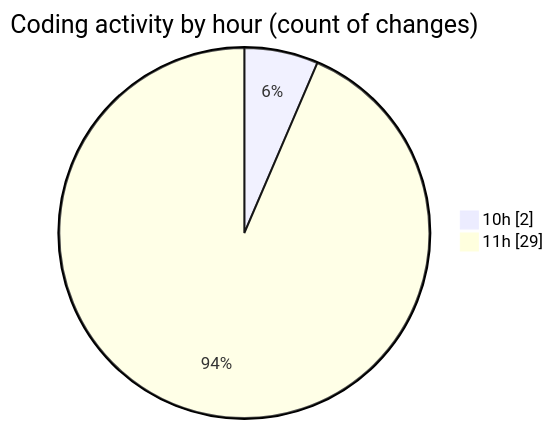
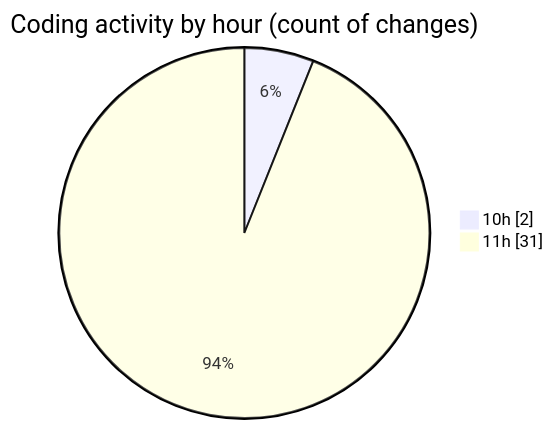
Before and after one commit to nxtqubesakshisongat/code-tracking: the second of 2 diagrams in 2025-07-31/nxtqube_webapp/README.md, drawn with Mermaid. The commit also changed other lines of this file and 1 other file, not shown here.

````diff
--- a/2025-07-31/nxtqube_webapp/README.md
+++ b/2025-07-31/nxtqube_webapp/README.md
@@ -39,6 +39,6 @@
 ```mermaid
 pie showData
 title Coding activity by hour (count of changes)
 "10h" : 2
-"11h" : 29
+"11h" : 31
 ```
````
